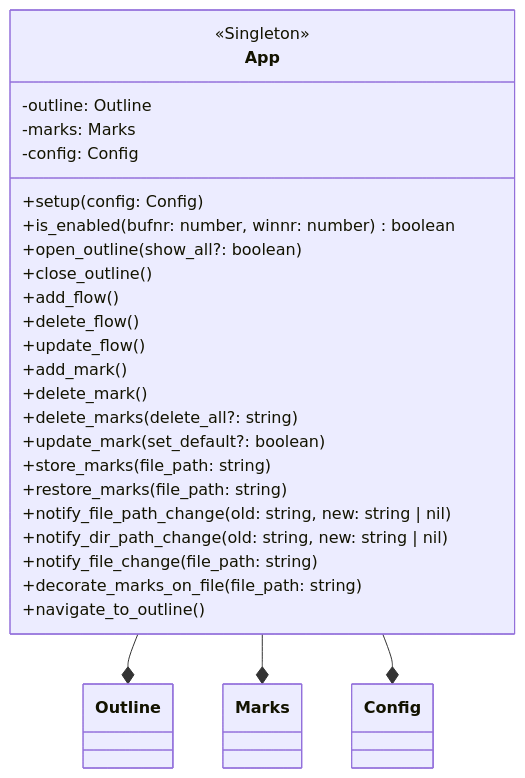
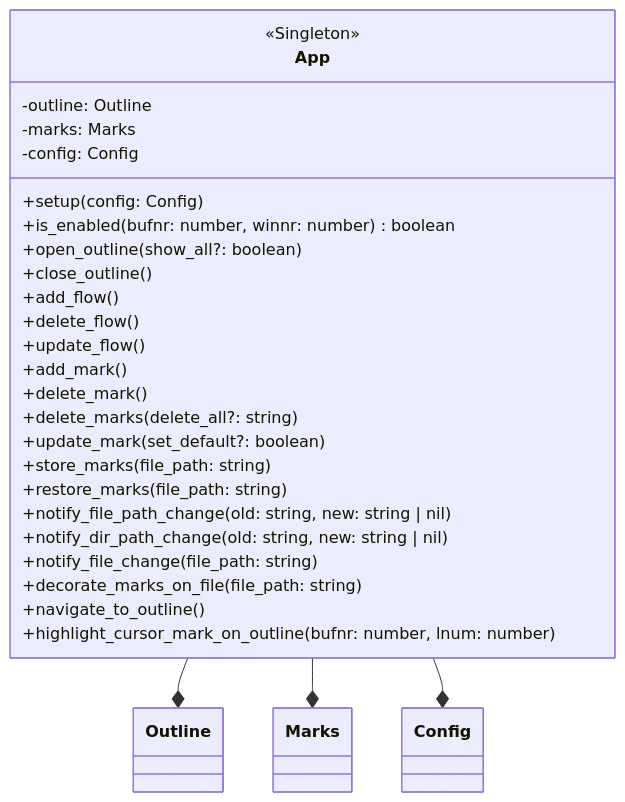
Before and after one commit to niuiic/track.nvim: the first of 24 diagrams in DESIGN.md, drawn with Mermaid. The commit also changed other lines of this file and 4 other files, not shown here.

Commit message:
feat: change flow order

````diff
--- a/DESIGN.md
+++ b/DESIGN.md
@@ -29,37 +32,38 @@
 ```mermaid
 classDiagram
     App --* Outline
     App --* Marks
     App --* Config
     class App {
         <<Singleton>>
 
         -outline: Outline
         -marks: Marks
         -config: Config
 
         %% config
         +setup(config: Config)
         %% enable
         +is_enabled(bufnr: number, winnr: number) boolean
         %% outline
         +open_outline(show_all?: boolean)
         +close_outline()
         %% flow
         +add_flow()
         +delete_flow()
         +update_flow()
         %% mark
         +add_mark()
         +delete_mark()
         +delete_marks(delete_all?: string)
         +update_mark(set_default?: boolean)
         +store_marks(file_path: string)
         +restore_marks(file_path: string)
         +notify_file_path_change(old: string, new: string | nil)
         +notify_dir_path_change(old: string, new: string | nil)
         +notify_file_change(file_path: string)
         +decorate_marks_on_file(file_path: string)
         +navigate_to_outline()
+        +highlight_cursor_mark_on_outline(bufnr: number, lnum: number)
     }
 ```
````
